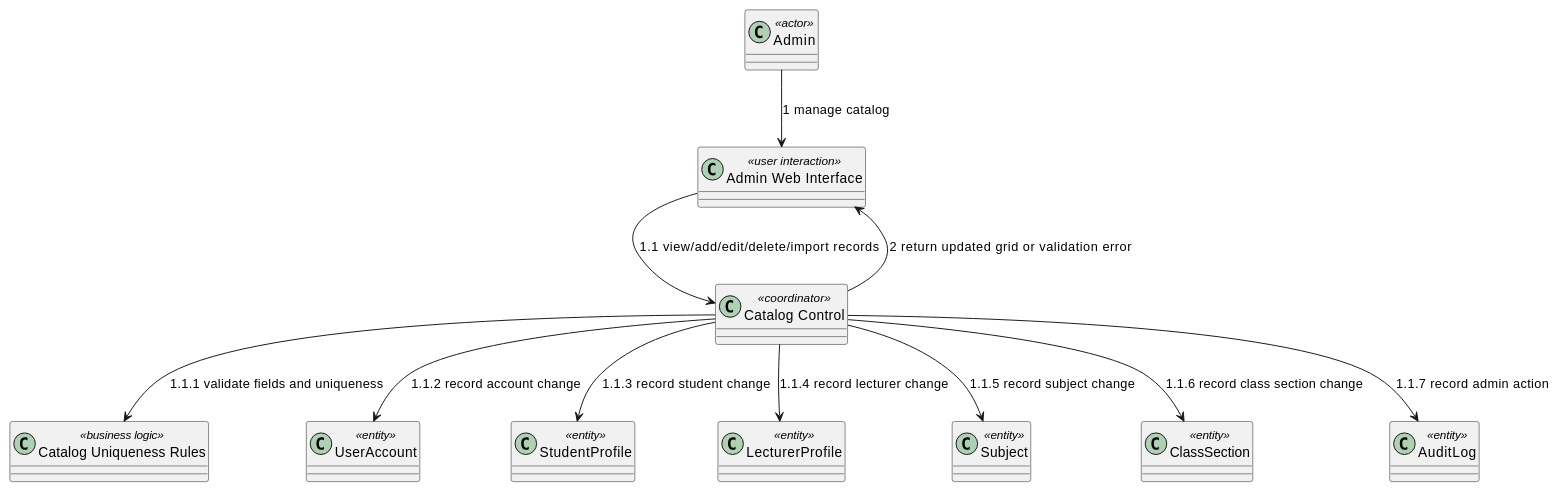
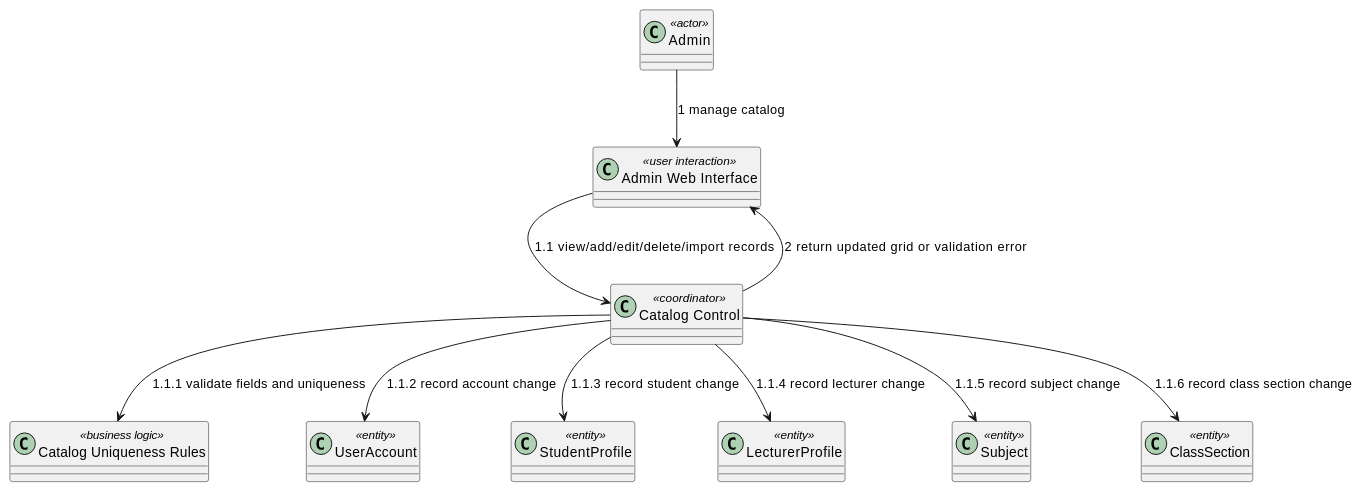
One commit to nttung42/SWD392 changed diagram 24 of 29 in docs/sds/2_Analysis.md. Above: the diagram before and after it, drawn with PlantUML. The commit also changed other lines of this file and 5 other files, not shown here.

````diff
--- a/docs/sds/2_Analysis.md
+++ b/docs/sds/2_Analysis.md
@@ -1147,25 +1207,23 @@
 ```plantuml
 @startuml
 class "Admin" as Admin <<actor>>
 class "Admin Web Interface" as AdminUI <<user interaction>>
 class "Catalog Control" as CatalogControl <<coordinator>>
 class "Catalog Uniqueness Rules" as CatalogRules <<business logic>>
 class "UserAccount" as UserAccount <<entity>>
 class "StudentProfile" as StudentProfile <<entity>>
 class "LecturerProfile" as LecturerProfile <<entity>>
 class "Subject" as Subject <<entity>>
 class "ClassSection" as ClassSection <<entity>>
-class "AuditLog" as AuditLog <<entity>>
 
 Admin --> AdminUI : 1 manage catalog
 AdminUI --> CatalogControl : 1.1 view/add/edit/delete/import records
 CatalogControl --> CatalogRules : 1.1.1 validate fields and uniqueness
 CatalogControl --> UserAccount : 1.1.2 record account change
 CatalogControl --> StudentProfile : 1.1.3 record student change
 CatalogControl --> LecturerProfile : 1.1.4 record lecturer change
 CatalogControl --> Subject : 1.1.5 record subject change
 CatalogControl --> ClassSection : 1.1.6 record class section change
-CatalogControl --> AuditLog : 1.1.7 record admin action
 CatalogControl --> AdminUI : 2 return updated grid or validation error
 @enduml
 ```
````
